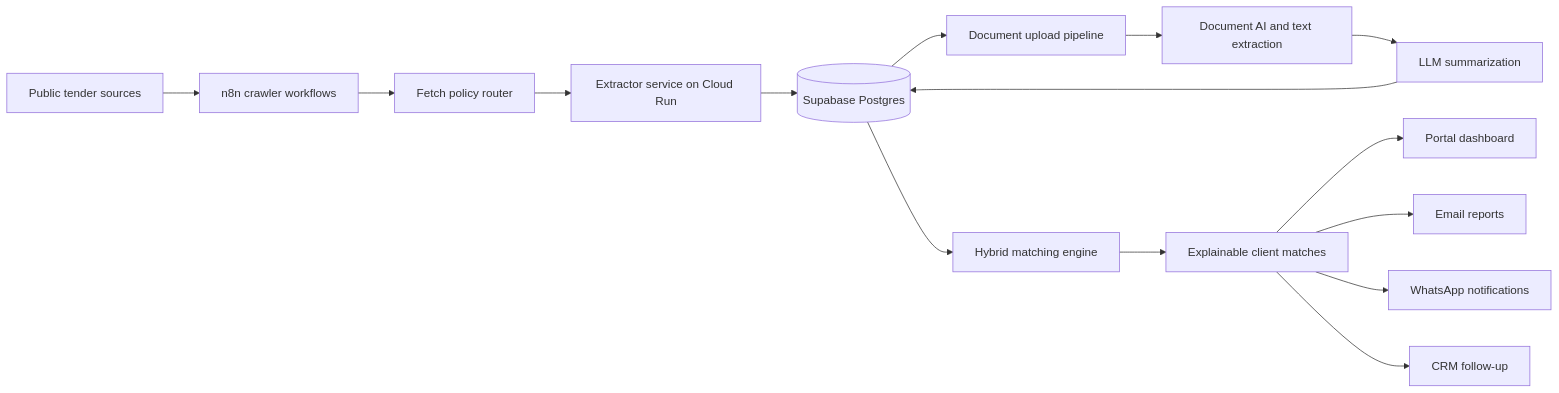
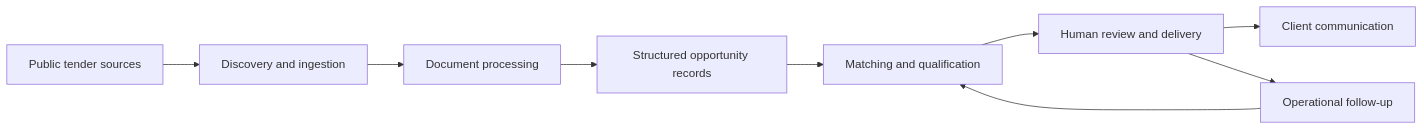
Before and after one commit to Pilike/AI-Tender-Intelligence-Platform: the diagram in README.md, drawn with Mermaid. The commit also changed other lines of this file and 19 other files, not shown here.

````diff
--- a/README.md
+++ b/README.md
@@ -36,17 +34,11 @@
 ```mermaid
 flowchart LR
-    A[Public tender sources] --> B[n8n crawler workflows]
-    B --> C[Fetch policy router]
-    C --> D[Extractor service on Cloud Run]
-    D --> E[(Supabase Postgres)]
-    E --> F[Document upload pipeline]
-    F --> G[Document AI and text extraction]
-    G --> H[LLM summarization]
+    A[Public tender sources] --> B[Discovery and ingestion]
+    B --> C[Document processing]
+    C --> D[Structured opportunity records]
+    D --> E[Matching and qualification]
+    E --> F[Human review and delivery]
+    F --> G[Client communication]
+    F --> H[Operational follow-up]
     H --> E
-    E --> I[Hybrid matching engine]
-    I --> J[Explainable client matches]
-    J --> K[Portal dashboard]
-    J --> L[Email reports]
-    J --> M[WhatsApp notifications]
-    J --> N[CRM follow-up]
 ```
````
